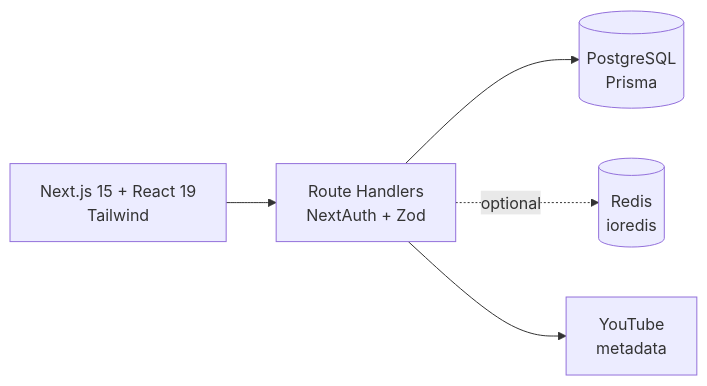
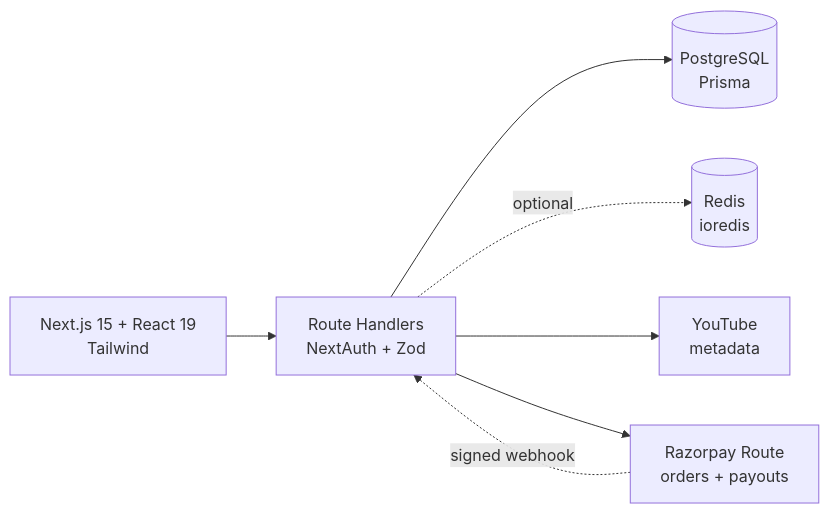
One commit to GEET3001/Muzer changed the second of 11 diagrams in README.md. Above: the diagram before and after it, drawn with Mermaid. The commit also changed other lines of this file, not shown here.

Commit message:
Document bidding, payouts, and queue ordering in README

````diff
--- a/README.md
+++ b/README.md
@@ -30,7 +34,9 @@
 ```mermaid
 flowchart LR
   UI[Next.js 15 + React 19<br/>Tailwind] --> API[Route Handlers<br/>NextAuth + Zod]
   API --> PG[(PostgreSQL<br/>Prisma)]
   API -. optional .-> RD[(Redis<br/>ioredis)]
   API --> YT[YouTube<br/>metadata]
+  API --> RZ[Razorpay Route<br/>orders + payouts]
+  RZ -. signed webhook .-> API
 ```
````
